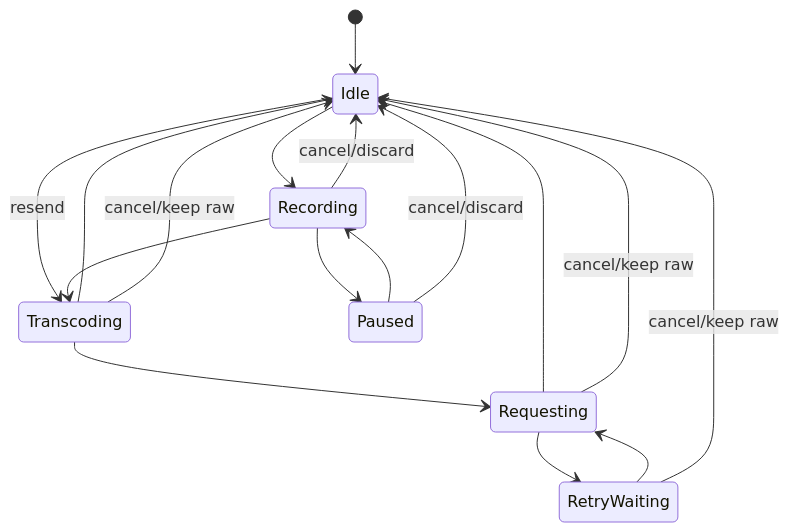
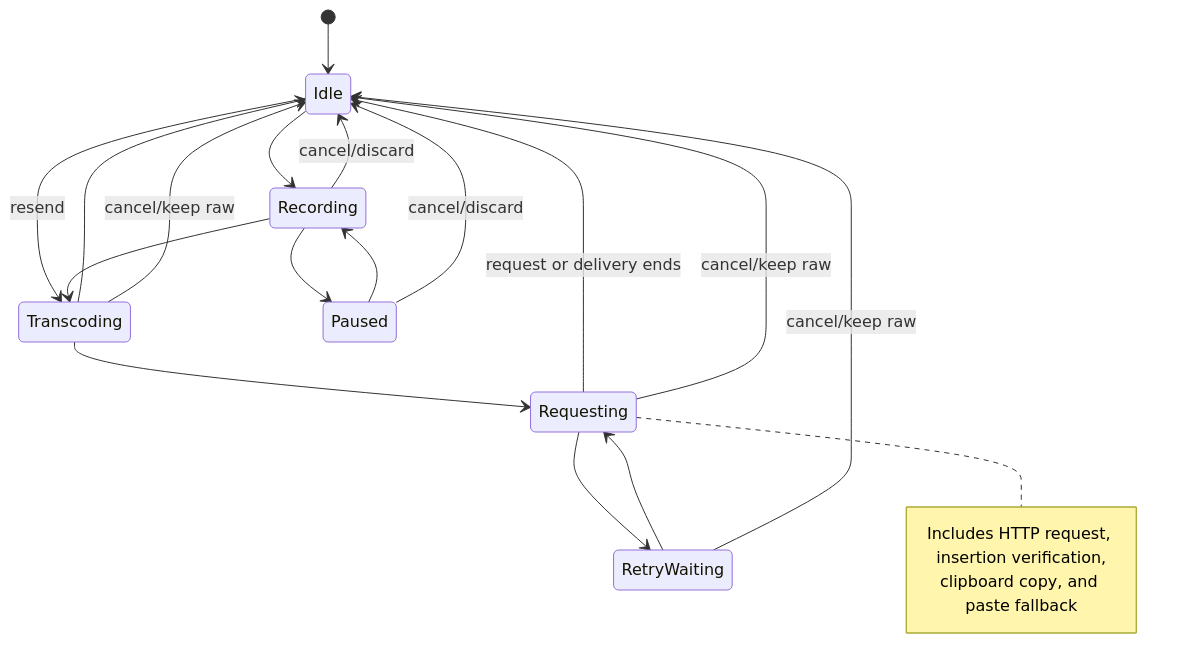
The third of 3 diagrams in README.md (Joey-Kot/Dictate), drawn with Mermaid before and after one commit. The commit also changed other lines of this file and 1 other file, not shown here.

````diff
--- a/README.md
+++ b/README.md
@@ -76,19 +128,23 @@
 ```mermaid
 stateDiagram-v2
   [*] --> Idle
   Idle --> Recording
   Idle --> Transcoding: resend
   Recording --> Paused
   Paused --> Recording
   Recording --> Transcoding
   Transcoding --> Requesting
   Requesting --> RetryWaiting
   RetryWaiting --> Requesting
-  Requesting --> Idle
+  Requesting --> Idle: request or delivery ends
   Transcoding --> Idle
   Recording --> Idle: cancel/discard
   Paused --> Idle: cancel/discard
   Transcoding --> Idle: cancel/keep raw
   Requesting --> Idle: cancel/keep raw
   RetryWaiting --> Idle: cancel/keep raw
+  note right of Requesting
+    Includes HTTP request, insertion verification,
+    clipboard copy, and paste fallback
+  end note
 ```
````
